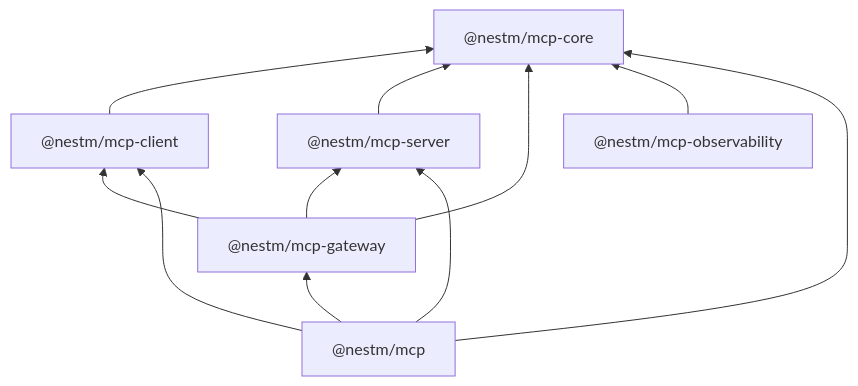
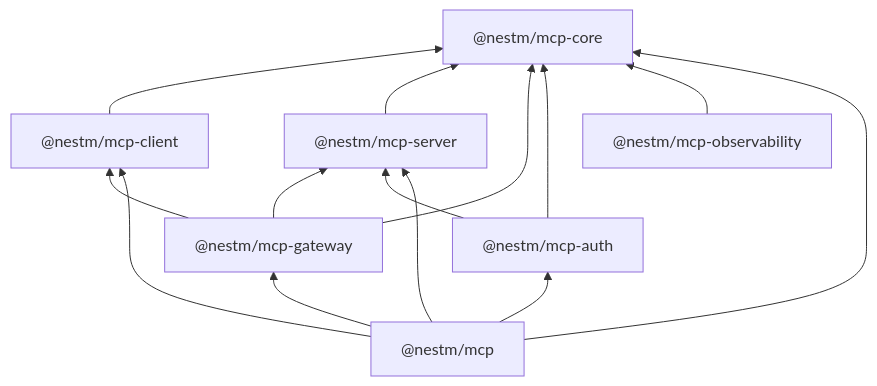
Before and after one commit to nestm-dev/mcp: the diagram in README.md, drawn with Mermaid. The commit also changed other lines of this file and 72 other files, not shown here.

````diff
--- a/README.md
+++ b/README.md
@@ -23,14 +24,17 @@
 ```mermaid
 flowchart BT
   core["@nestm/mcp-core"]
   client["@nestm/mcp-client"] --> core
   server["@nestm/mcp-server"] --> core
   gateway["@nestm/mcp-gateway"] --> core
   gateway --> client
   gateway --> server
+  auth["@nestm/mcp-auth"] --> core
+  auth --> server
   observability["@nestm/mcp-observability"] --> core
   nest["@nestm/mcp"] --> core
   nest --> server
   nest --> client
   nest --> gateway
+  nest --> auth
 ```
````
